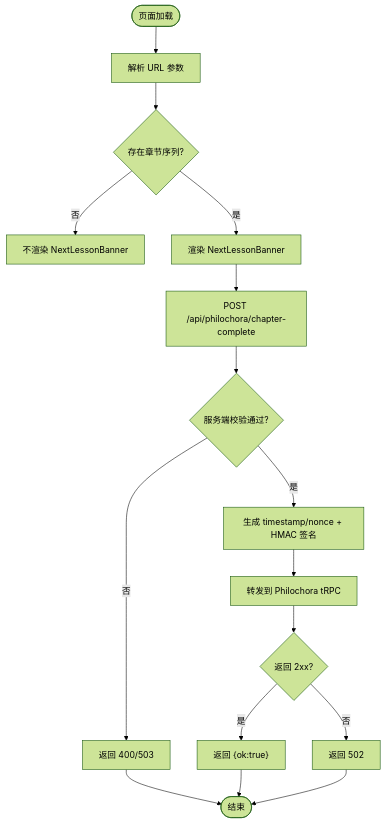
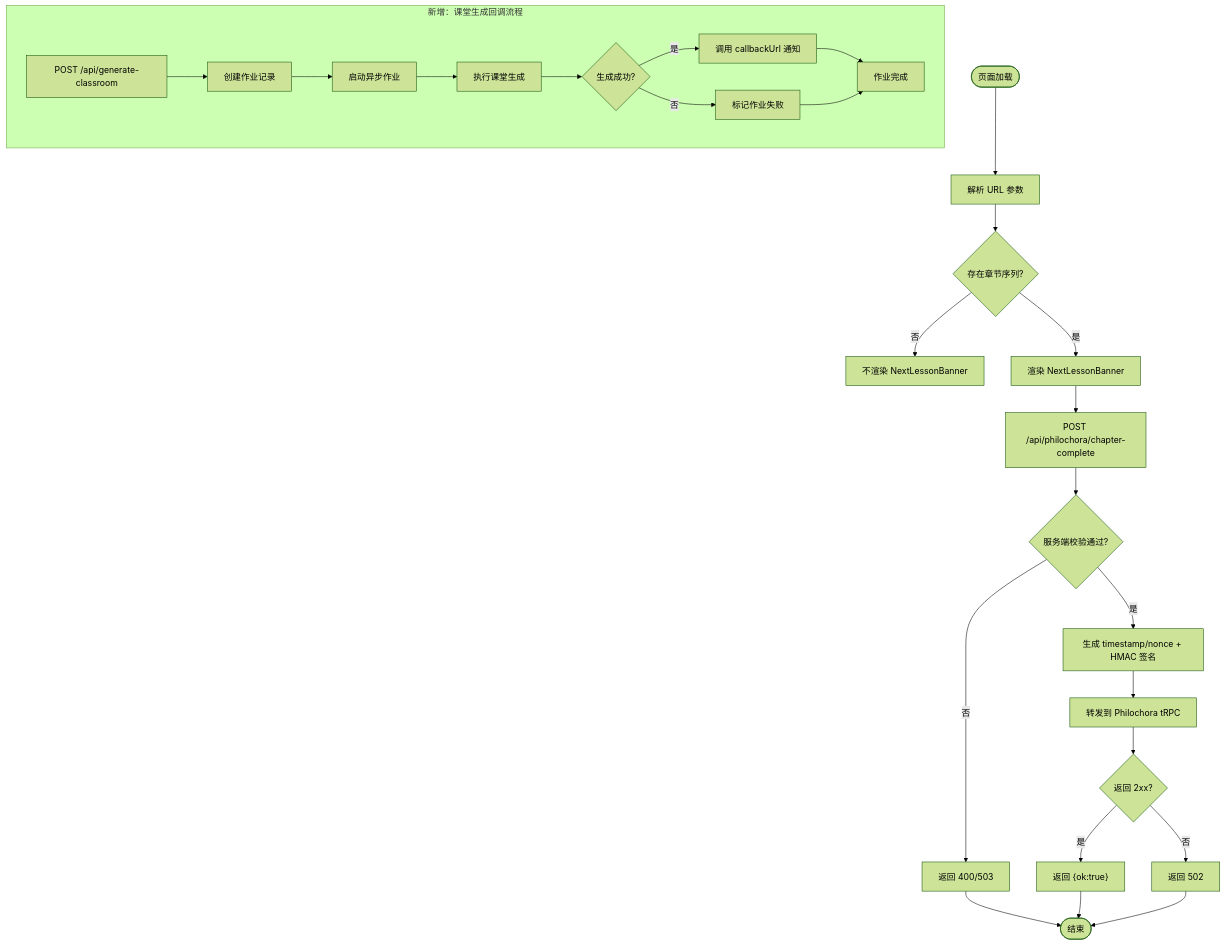
The third of 3 diagrams in .qoder/repowiki/zh/content/外部服务集成/Philochora 进度回调集成.md (huangboheng/OpenMAIC), drawn with Mermaid (forest theme) before and after one commit. The commit also changed other lines of this file and 41 other files, not shown here.

````diff
--- a/.qoder/repowiki/zh/content/外部服务集成/Philochora 进度回调集成.md
+++ b/.qoder/repowiki/zh/content/外部服务集成/Philochora 进度回调集成.md
@@ -84,18 +161,28 @@
 ```mermaid
 flowchart TD
 Start(["页面加载"]) --> Parse["解析 URL 参数"]
 Parse --> HasSeq{"存在章节序列?"}
 HasSeq --> |否| NoRender["不渲染 NextLessonBanner"]
 HasSeq --> |是| Render["渲染 NextLessonBanner"]
 Render --> Report["POST /api/philochora/chapter-complete"]
 Report --> ServerValidate{"服务端校验通过?"}
 ServerValidate --> |否| Err400["返回 400/503"]
 ServerValidate --> |是| Sign["生成 timestamp/nonce + HMAC 签名"]
 Sign --> Forward["转发到 Philochora tRPC"]
 Forward --> Ok{"返回 2xx?"}
 Ok --> |是| Done["返回 {ok:true}"]
 Ok --> |否| Err502["返回 502"]
 Done --> End(["结束"])
 Err400 --> End
 Err502 --> End
+subgraph "新增：课堂生成回调流程"
+Create["POST /api/generate-classroom"] --> CreateJob["创建作业记录"]
+CreateJob --> AsyncJob["启动异步作业"]
+AsyncJob --> Generate["执行课堂生成"]
+Generate --> Success{"生成成功?"}
+Success --> |是| Notify["调用 callbackUrl 通知"]
+Notify --> Complete["作业完成"]
+Success --> |否| Fail["标记作业失败"]
+Fail --> Complete
+end
 ```
````
